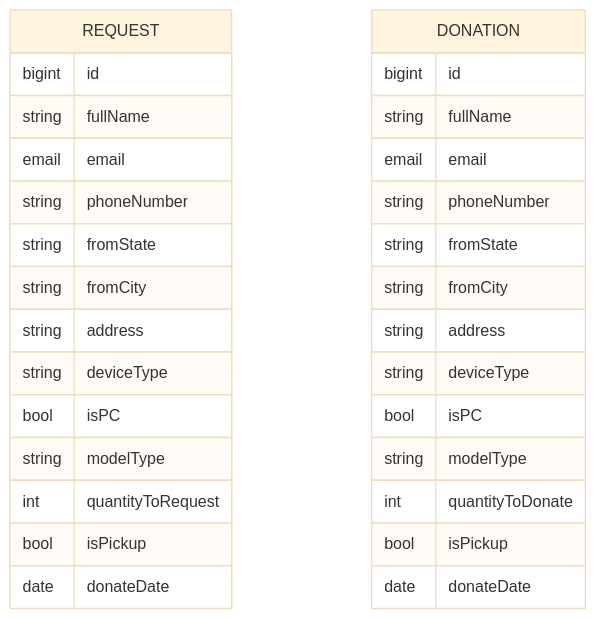
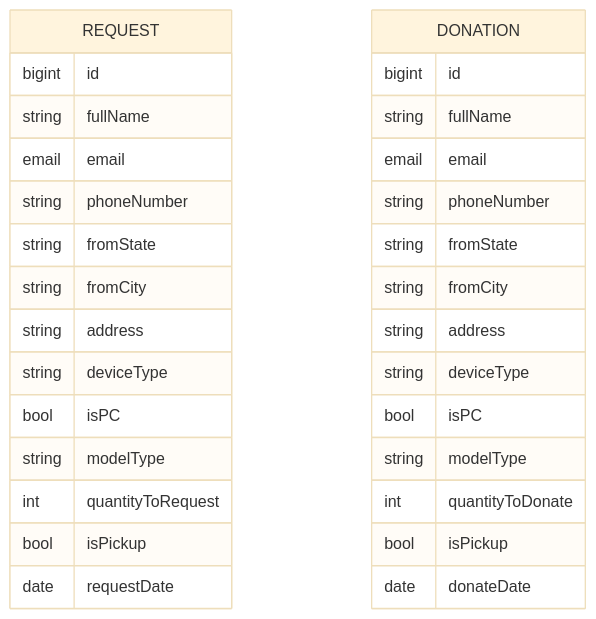
Before and after one commit to cindywongdev/give2learn-backend: the diagram in README.md, drawn with Mermaid (base theme). The commit also changed 7 other files, not shown here.

````diff
--- a/README.md
+++ b/README.md
@@ -13,33 +13,33 @@
 ```mermaid
 erDiagram
     REQUEST {
         bigint  id
         string  fullName
         email   email
         string  phoneNumber
         string  fromState
         string  fromCity
         string  address
         string  deviceType
         bool    isPC
         string  modelType
         int     quantityToRequest
         bool    isPickup
-        date    donateDate
+        date    requestDate
     }
     DONATION {
         bigint  id
         string  fullName
         email   email
         string  phoneNumber
         string  fromState
         string  fromCity
         string  address
         string  deviceType
         bool    isPC
         string  modelType
         int     quantityToDonate
         bool    isPickup
         date    donateDate
     }
 ```
````
